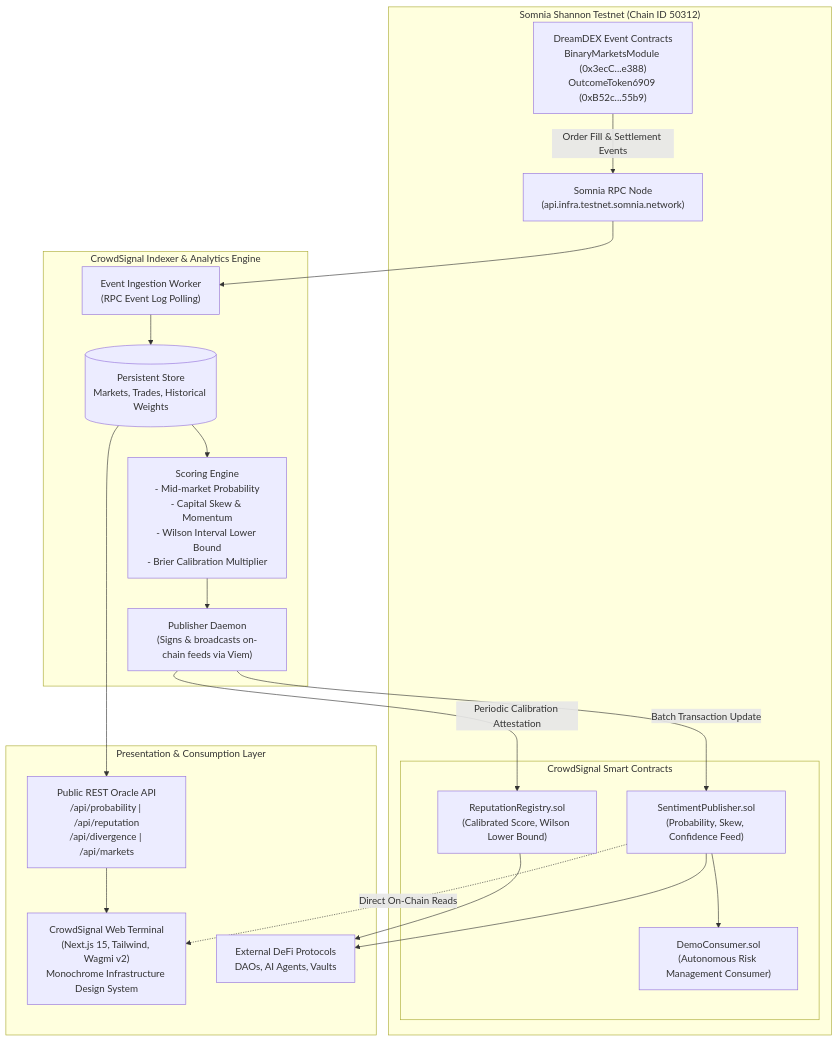
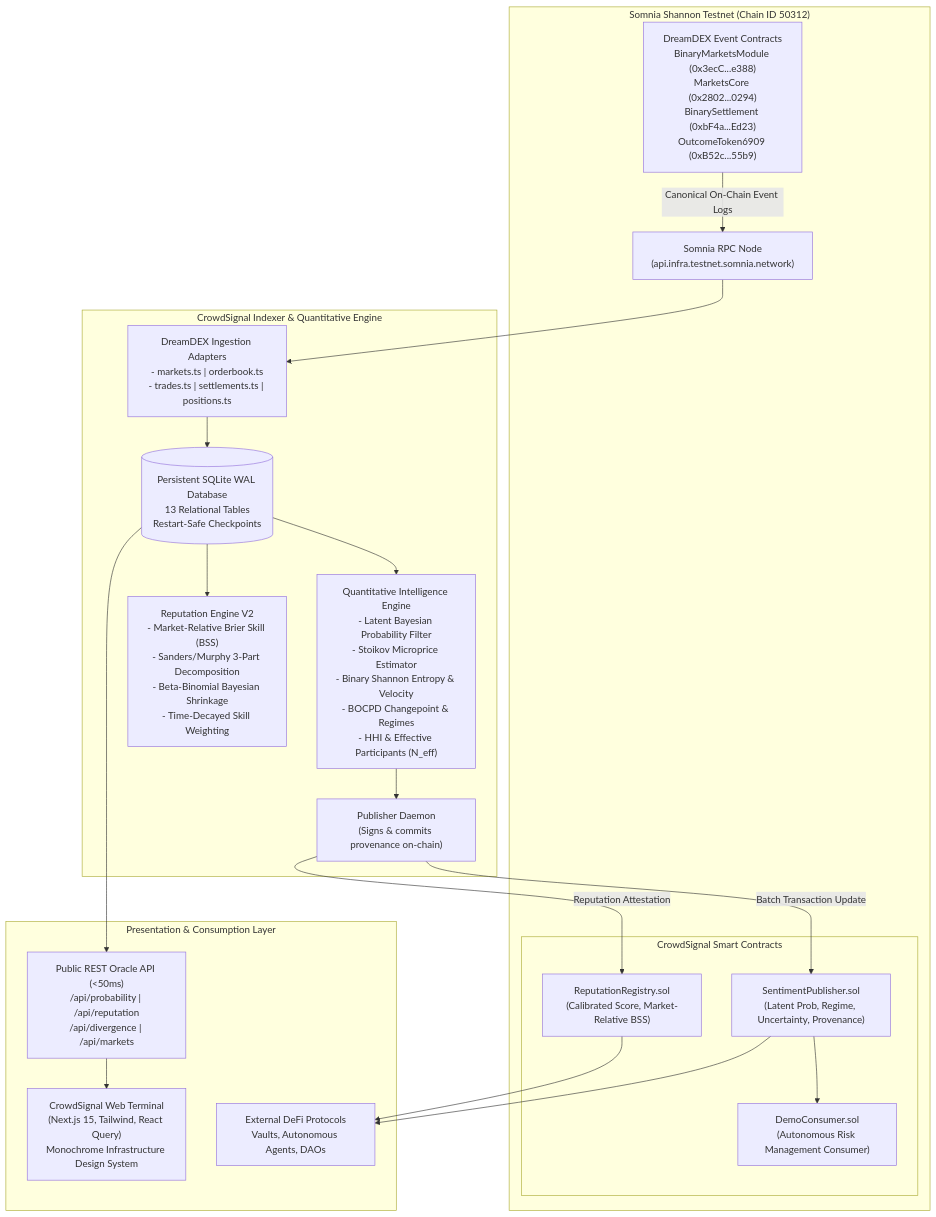
The diagram in README.md (Ankur17nith/Crowd-Signal), drawn with Mermaid before and after one commit. The commit also changed other lines of this file and 27 other files, not shown here.

Commit message:
feat: production hardening, persistent SQLite WAL storage, canonical DreamDEX adapter, and sub-50ms latency optimization

````diff
--- a/README.md
+++ b/README.md
@@ -13,42 +13,43 @@
 ```mermaid
 flowchart TD
     subgraph SomniaTestnet["Somnia Shannon Testnet (Chain ID 50312)"]
-        DEX["DreamDEX Event Contracts\nBinaryMarketsModule (0x3ecC...e388)\nOutcomeToken6909 (0xB52c...55b9)"]
+        DEX["DreamDEX Event Contracts\nBinaryMarketsModule (0x3ecC...e388)\nMarketsCore (0x2802...0294)\nBinarySettlement (0xbF4a...Ed23)\nOutcomeToken6909 (0xB52c...55b9)"]
         
         subgraph CrowdSignalOnChain["CrowdSignal Smart Contracts"]
-            SP["SentimentPublisher.sol\n(Probability, Skew, Confidence Feed)"]
-            RR["ReputationRegistry.sol\n(Calibrated Score, Wilson Lower Bound)"]
+            SP["SentimentPublisher.sol\n(Latent Prob, Regime, Uncertainty, Provenance)"]
+            RR["ReputationRegistry.sol\n(Calibrated Score, Market-Relative BSS)"]
             DC["DemoConsumer.sol\n(Autonomous Risk Management Consumer)"]
         end
         
         RPC["Somnia RPC Node\n(api.infra.testnet.somnia.network)"]
-        DEX -->|Order Fill & Settlement Events| RPC
+        DEX -->|Canonical On-Chain Event Logs| RPC
     end
 
-    subgraph OffChainEngine["CrowdSignal Indexer & Analytics Engine"]
-        Ingest["Event Ingestion Worker\n(RPC Event Log Polling)"]
-        ScoringEngine["Scoring Engine\n- Mid-market Probability\n- Capital Skew & Momentum\n- Wilson Interval Lower Bound\n- Brier Calibration Multiplier"]
-        DB[(Persistent Store\nMarkets, Trades, Historical Weights)]
-        PublisherDaemon["Publisher Daemon\n(Signs & broadcasts on-chain feeds via Viem)"]
+    subgraph OffChainEngine["CrowdSignal Indexer & Quantitative Engine"]
+        Ingest["DreamDEX Ingestion Adapters\n- markets.ts | orderbook.ts\n- trades.ts | settlements.ts | positions.ts"]
+        DB[(Persistent SQLite WAL Database\n13 Relational Tables\nRestart-Safe Checkpoints)]
+        ScoringEngine["Quantitative Intelligence Engine\n- Latent Bayesian Probability Filter\n- Stoikov Microprice Estimator\n- Binary Shannon Entropy & Velocity\n- BOCPD Changepoint & Regimes\n- HHI & Effective Participants (N_eff)"]
+        RepEngine["Reputation Engine V2\n- Market-Relative Brier Skill (BSS)\n- Sanders/Murphy 3-Part Decomposition\n- Beta-Binomial Bayesian Shrinkage\n- Time-Decayed Skill Weighting"]
+        PublisherDaemon["Publisher Daemon\n(Signs & commits provenance on-chain)"]
         
         RPC --> Ingest
         Ingest --> DB
         DB --> ScoringEngine
+        DB --> RepEngine
         ScoringEngine --> PublisherDaemon
         PublisherDaemon -->|Batch Transaction Update| SP
-        PublisherDaemon -->|Periodic Calibration Attestation| RR
+        PublisherDaemon -->|Reputation Attestation| RR
     end
 
     subgraph InterfaceLayer["Presentation & Consumption Layer"]
-        Terminal["CrowdSignal Web Terminal\n(Next.js 15, Tailwind, Wagmi v2)\nMonochrome Infrastructure Design System"]
-        REST["Public REST Oracle API\n/api/probability | /api/reputation\n/api/divergence | /api/markets"]
-        ThirdParty["External DeFi Protocols\nDAOs, AI Agents, Vaults"]
+        Terminal["CrowdSignal Web Terminal\n(Next.js 15, Tailwind, React Query)\nMonochrome Infrastructure Design System"]
+        REST["Public REST Oracle API (<50ms)\n/api/probability | /api/reputation\n/api/divergence | /api/markets"]
+        ThirdParty["External DeFi Protocols\nVaults, Autonomous Agents, DAOs"]
         
         DB --> REST
         SP --> ThirdParty
         RR --> ThirdParty
         SP --> DC
         REST --> Terminal
-        SP -.->|Direct On-Chain Reads| Terminal
     end
 ```
````
